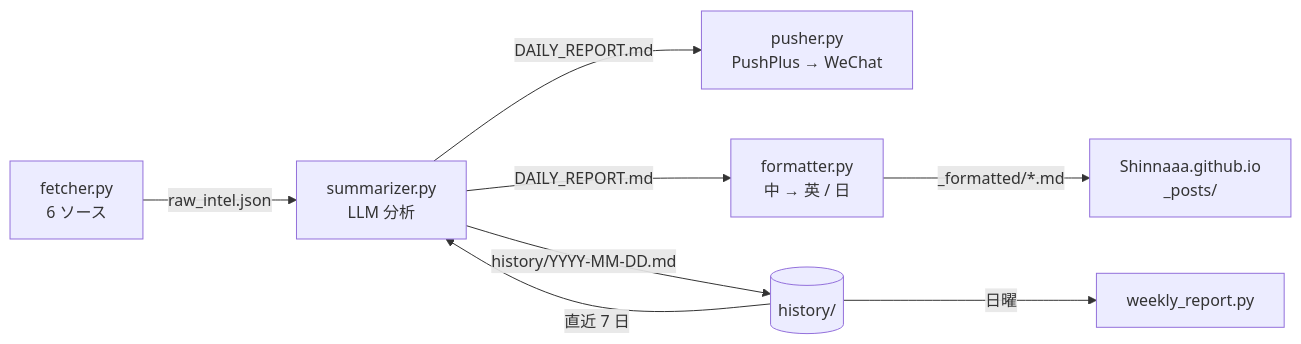
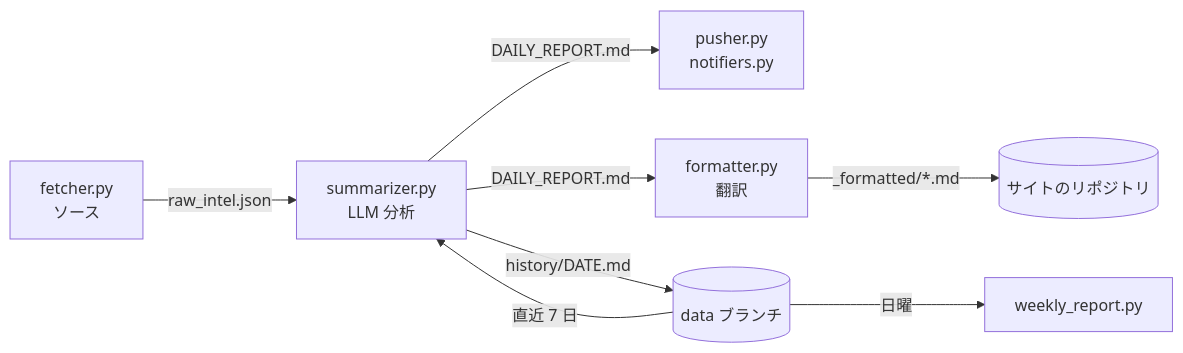
One commit to Shinnaaa/TechTrend changed the diagram in README.ja.md. Above: the diagram before and after it, drawn with Mermaid. The commit also changed other lines of this file and 228 other files, not shown here.

````diff
--- a/README.ja.md
+++ b/README.ja.md
@@ -51,10 +167,10 @@
 ```mermaid
 flowchart LR
-    A[fetcher.py<br>6 ソース] -->|raw_intel.json| B[summarizer.py<br>LLM 分析]
-    B -->|DAILY_REPORT.md| C[pusher.py<br>PushPlus → WeChat]
-    B -->|DAILY_REPORT.md| D[formatter.py<br>中 → 英 / 日]
-    D -->|_formatted/*.md| E[Shinnaaa.github.io<br>_posts/]
-    B -->|history/YYYY-MM-DD.md| F[(history/)]
+    A[fetcher.py<br>ソース] -->|raw_intel.json| B[summarizer.py<br>LLM 分析]
+    B -->|DAILY_REPORT.md| C[pusher.py<br>notifiers.py]
+    B -->|DAILY_REPORT.md| D[formatter.py<br>翻訳]
+    D -->|_formatted/*.md| E[(サイトのリポジトリ)]
+    B -->|history/DATE.md| F[(data ブランチ)]
     F -->|直近 7 日| B
     F -->|日曜| G[weekly_report.py]
 ```
````
